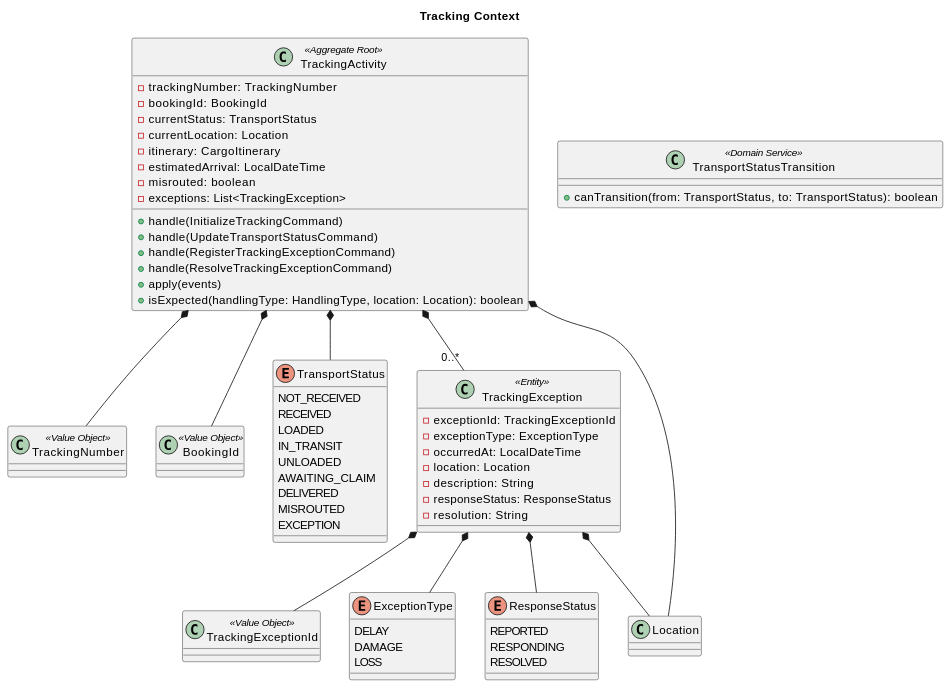
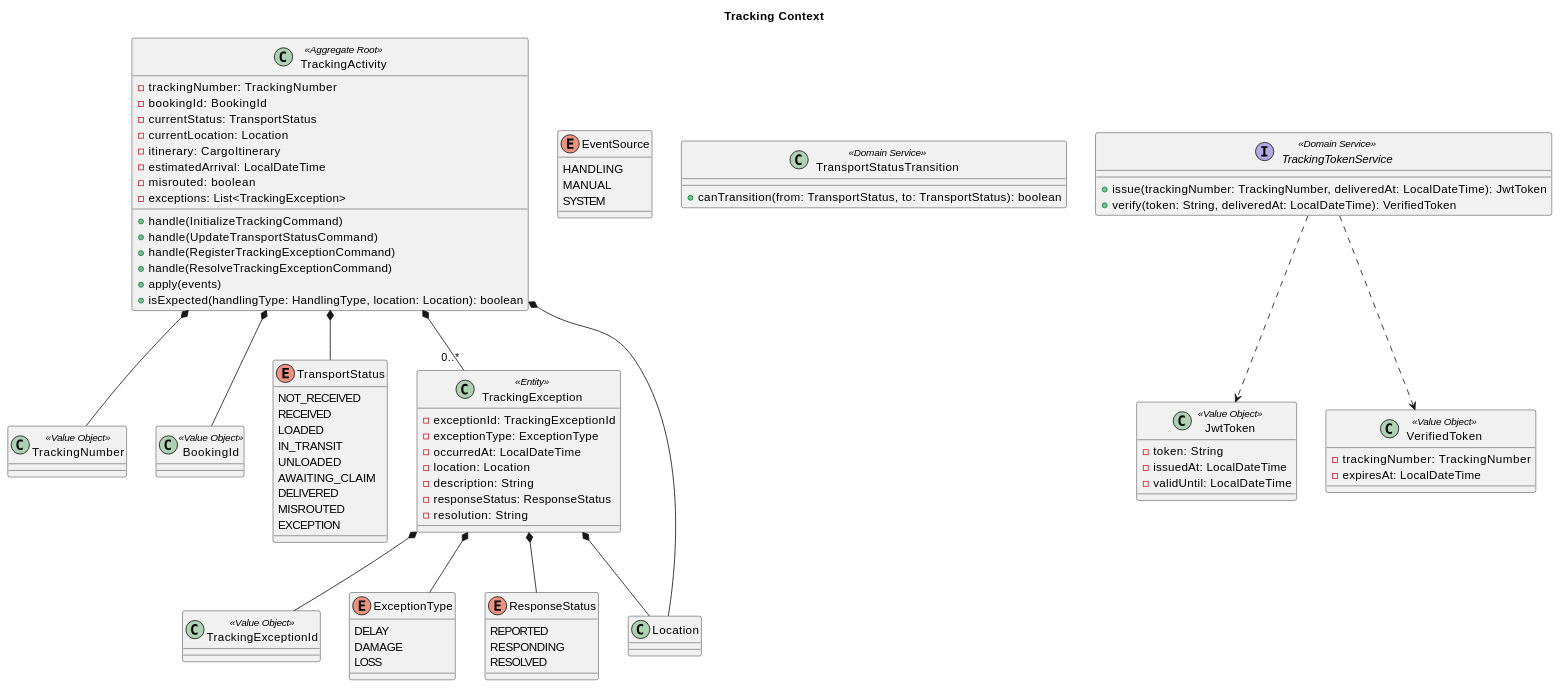
Before and after one commit to k2works/case-study-cargo-tracker: the sixth of 12 diagrams in docs/design/domain-model.md, drawn with PlantUML. The commit also changed 10 other files, not shown here.

````diff
--- a/docs/design/domain-model.md
+++ b/docs/design/domain-model.md
@@ -698,8 +698,30 @@
   RESOLVED
 }
 
+enum EventSource {
+  HANDLING
+  MANUAL
+  SYSTEM
+}
+
 class TransportStatusTransition <<Domain Service>> {
   + canTransition(from: TransportStatus, to: TransportStatus): boolean
+}
+
+interface TrackingTokenService <<Domain Service>> {
+  + issue(trackingNumber: TrackingNumber, deliveredAt: LocalDateTime): JwtToken
+  + verify(token: String, deliveredAt: LocalDateTime): VerifiedToken
+}
+
+class JwtToken <<Value Object>> {
+  - token: String
+  - issuedAt: LocalDateTime
+  - validUntil: LocalDateTime
+}
+
+class VerifiedToken <<Value Object>> {
+  - trackingNumber: TrackingNumber
+  - expiresAt: LocalDateTime
 }
 
 TrackingActivity *-- TrackingNumber
@@ -713,5 +735,8 @@
 TrackingException *-- ResponseStatus
 TrackingException *-- Location
 
+TrackingTokenService ..> JwtToken
+TrackingTokenService ..> VerifiedToken
+
 @enduml
 ```
````
